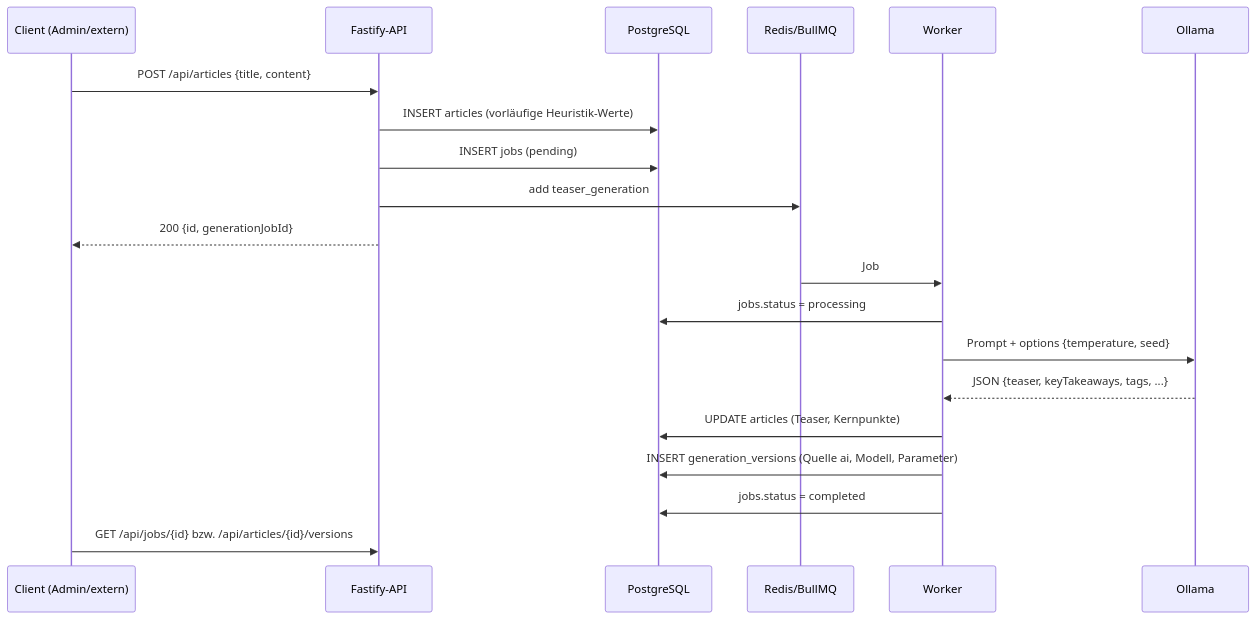
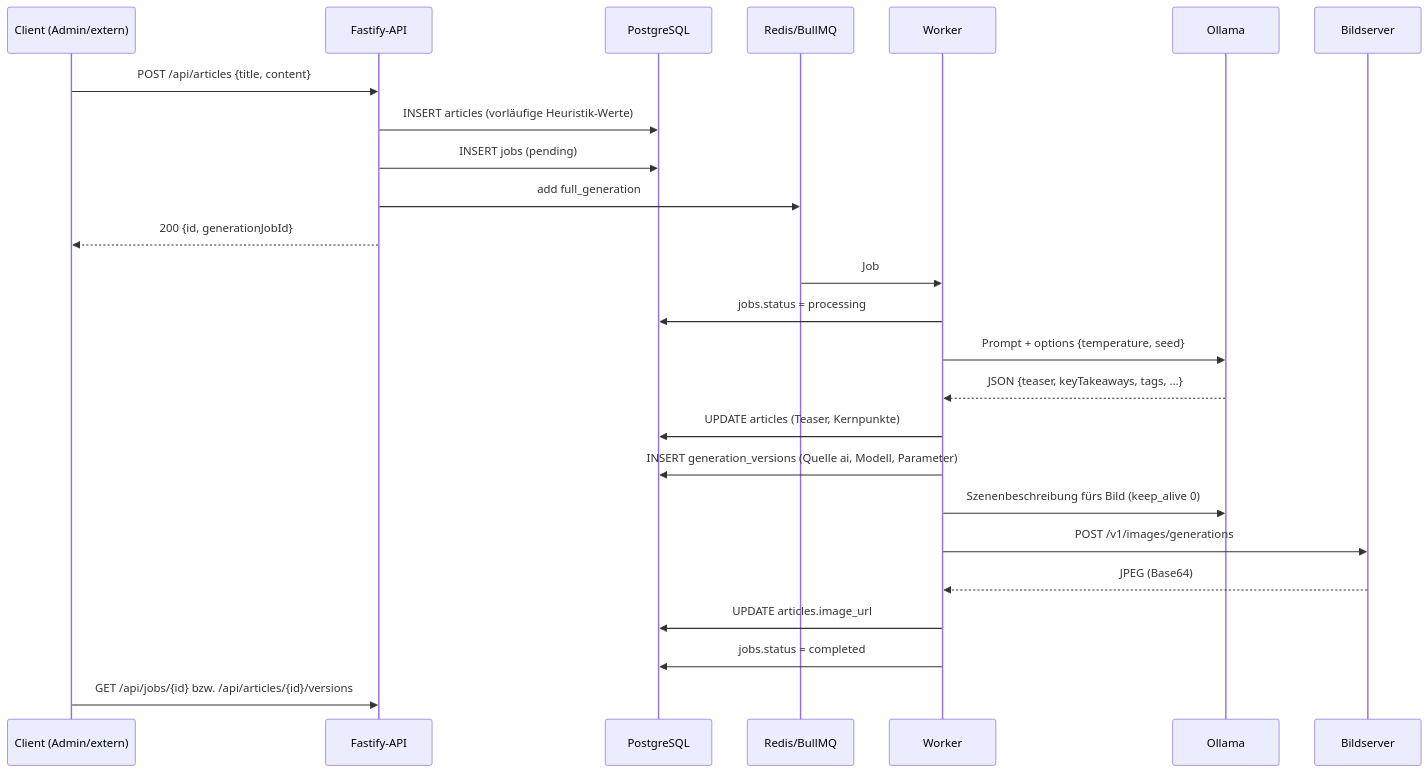
One commit to dwindischbauer/wb-newsfeed changed the second of 4 diagrams in docs/architektur.md. Above: the diagram before and after it, drawn with Mermaid. The commit also changed other lines of this file and 4 other files, not shown here.

Commit message:
docs: rewrite readme and architecture

````diff
--- a/docs/architektur.md
+++ b/docs/architektur.md
@@ -54,23 +61,28 @@
 ```mermaid
 sequenceDiagram
     participant C as Client (Admin/extern)
     participant API as Fastify-API
     participant DB as PostgreSQL
     participant Q as Redis/BullMQ
     participant W as Worker
     participant O as Ollama
+    participant B as Bildserver
 
     C->>API: POST /api/articles {title, content}
     API->>DB: INSERT articles (vorläufige Heuristik-Werte)
     API->>DB: INSERT jobs (pending)
-    API->>Q: add teaser_generation
+    API->>Q: add full_generation
     API-->>C: 200 {id, generationJobId}
     Q->>W: Job
     W->>DB: jobs.status = processing
     W->>O: Prompt + options {temperature, seed}
     O-->>W: JSON {teaser, keyTakeaways, tags, ...}
     W->>DB: UPDATE articles (Teaser, Kernpunkte)
     W->>DB: INSERT generation_versions (Quelle ai, Modell, Parameter)
+    W->>O: Szenenbeschreibung fürs Bild (keep_alive 0)
+    W->>B: POST /v1/images/generations
+    B-->>W: JPEG (Base64)
+    W->>DB: UPDATE articles.image_url
     W->>DB: jobs.status = completed
     C->>API: GET /api/jobs/{id} bzw. /api/articles/{id}/versions
 ```
````
